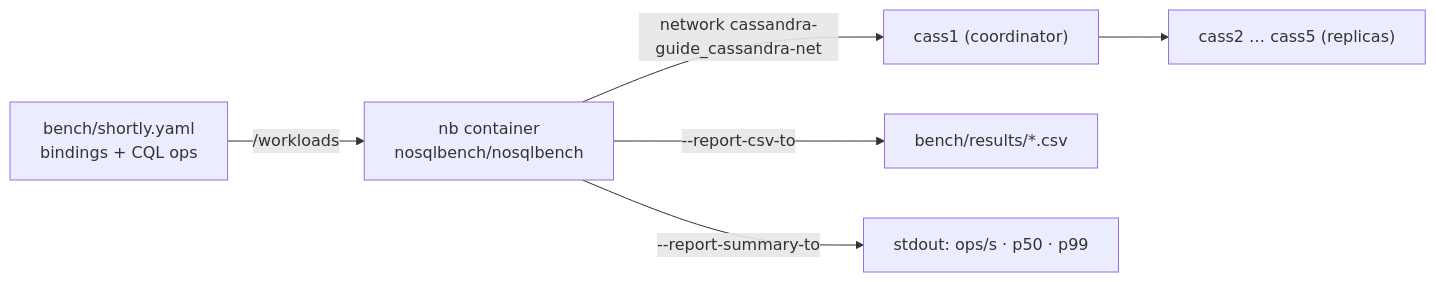
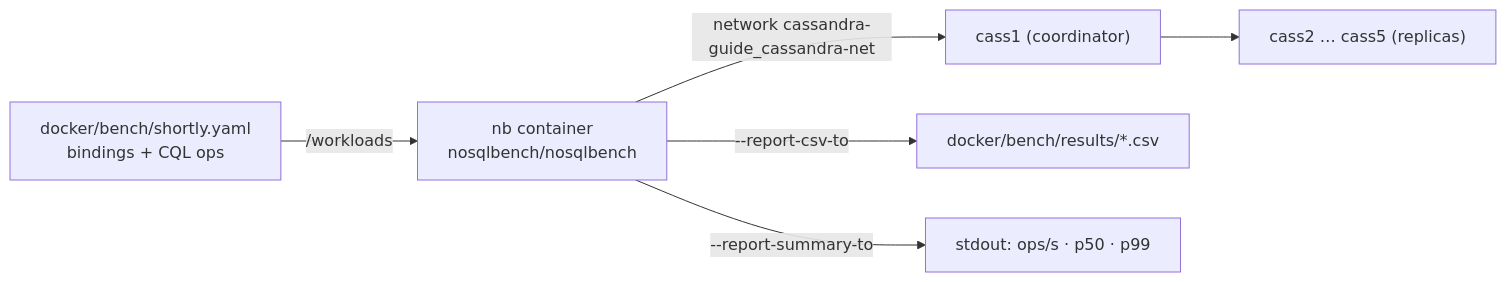
One commit to wesamkhateeb98-creator/cassandra-guide changed the first of 2 diagrams in docs/10-lab/03-load-test.md. Above: the diagram before and after it, drawn with Mermaid. The commit also changed other lines of this file and 13 other files, not shown here.

First line of the commit message:
Group Docker stacks under docker/ with their YAML files

````diff
--- a/docs/10-lab/03-load-test.md
+++ b/docs/10-lab/03-load-test.md
@@ -11,8 +11,8 @@
 ```mermaid
 flowchart LR
-    W["bench/shortly.yaml<br/>bindings + CQL ops"] -->|"/workloads"| NB["nb container<br/>nosqlbench/nosqlbench"]
+    W["docker/bench/shortly.yaml<br/>bindings + CQL ops"] -->|"/workloads"| NB["nb container<br/>nosqlbench/nosqlbench"]
     NB -->|"network cassandra-guide_cassandra-net"| C1["cass1 (coordinator)"]
     C1 --> R["cass2 … cass5 (replicas)"]
-    NB -->|"--report-csv-to"| O["bench/results/*.csv"]
+    NB -->|"--report-csv-to"| O["docker/bench/results/*.csv"]
     NB -->|"--report-summary-to"| S["stdout: ops/s · p50 · p99"]
 ```
````
